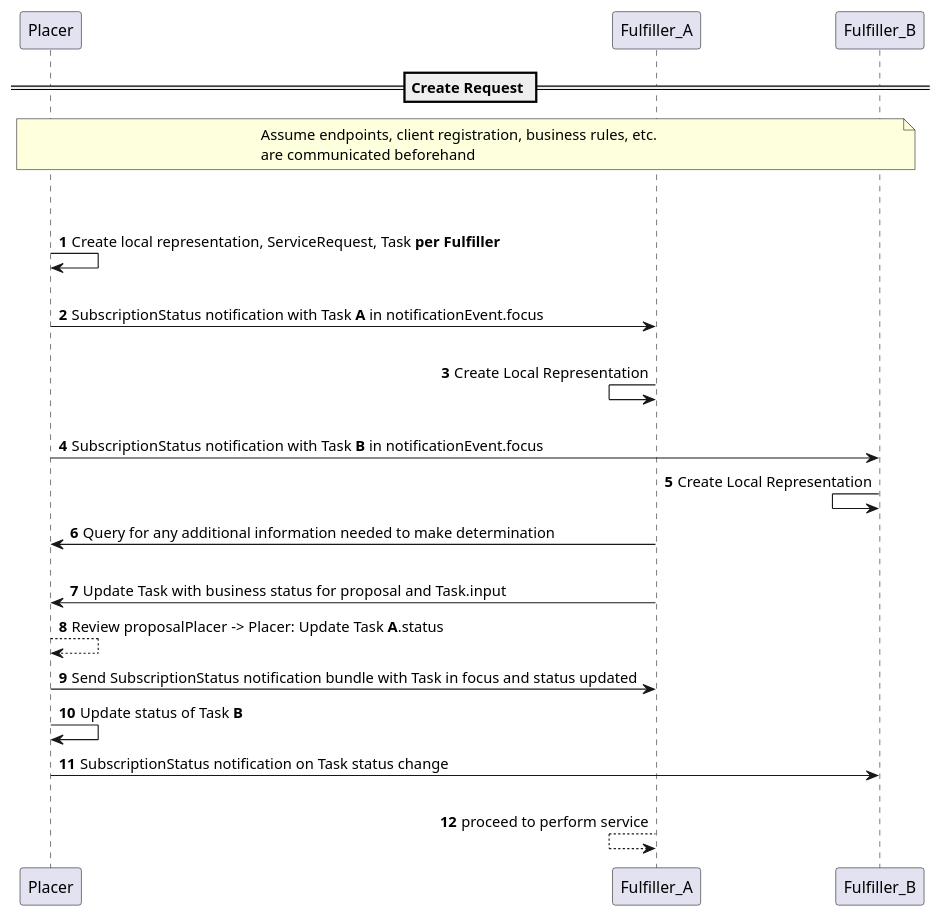
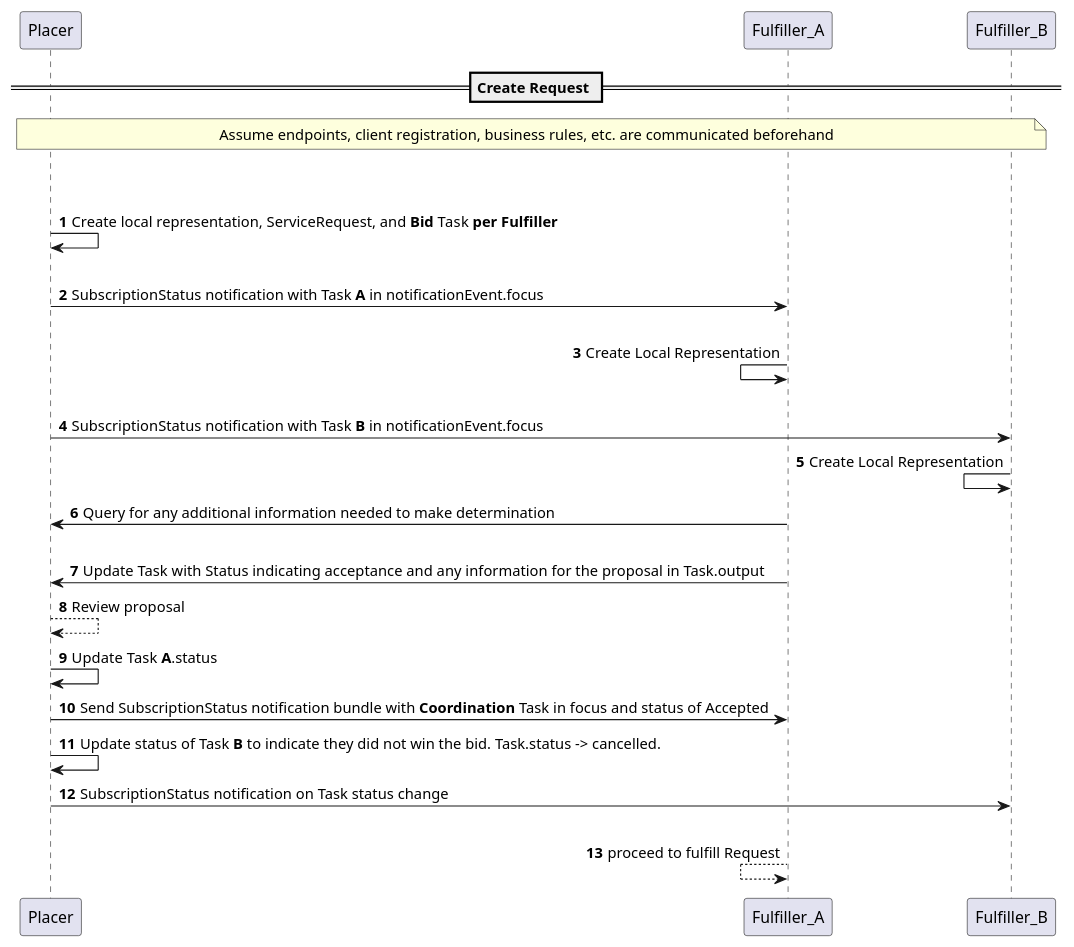
The diagram in input/images-source/subscriptions-bid-task-at-placer.plantuml (HL7/fhir-cow-ig), drawn with PlantUML before and after one commit. The commit also changed other lines of this file, not shown here.

Commit message:
Update subscriptions-bid-task-at-placer.plantuml
Update for Bidding

```diff
--- a/input/images-source/subscriptions-bid-task-at-placer.plantuml
+++ b/input/images-source/subscriptions-bid-task-at-placer.plantuml
@@ -1,47 +1,47 @@
 @startuml
 'skinparam svgDimensionStyle false
 autonumber
 
 participant Placer order 10
 
 participant Fulfiller_A order 20 
 
 participant Fulfiller_B order 30
 
 == Create Request ==
 
 note over Placer,Fulfiller_B
-Assume endpoints, client registration, business rules, etc. 
-are communicated beforehand
+Assume endpoints, client registration, business rules, etc. are communicated beforehand
 end note
 
 ||45||
 
-Placer -> Placer : Create local representation, ServiceRequest, Task **per Fulfiller**
+Placer -> Placer : Create local representation, ServiceRequest, and **Bid** Task **per Fulfiller**
 ||20||
 
 Placer -> Fulfiller_A: SubscriptionStatus notification with Task **A** in notificationEvent.focus
 ||20||
 
 Fulfiller_A <- Fulfiller_A: Create Local Representation
 
 ||20||
 
 Placer -> Fulfiller_B: SubscriptionStatus notification with Task **B** in notificationEvent.focus
 Fulfiller_B <- Fulfiller_B: Create Local Representation
 
 
 Fulfiller_A -> Placer: Query for any additional information needed to make determination
 ||20||
 
 
-Fulfiller_A -> Placer: Update Task with business status for proposal and Task.input 
-Placer --> Placer: Review proposalPlacer -> Placer: Update Task **A**.status
-Placer -> Fulfiller_A: Send SubscriptionStatus notification bundle with Task in focus and status updated
-Placer -> Placer: Update status of Task **B**
+Fulfiller_A -> Placer: Update Task with Status indicating acceptance and any information for the proposal in Task.output 
+Placer --> Placer: Review proposal
+Placer -> Placer: Update Task **A**.status
+Placer -> Fulfiller_A: Send SubscriptionStatus notification bundle with **Coordination** Task in focus and status of Accepted
+Placer -> Placer: Update status of Task **B** to indicate they did not win the bid. Task.status -> cancelled.
 Placer -> Fulfiller_B: SubscriptionStatus notification on Task status change
 
 ||20||
 
-Fulfiller_A <-- Fulfiller_A: proceed to perform service
+Fulfiller_A <-- Fulfiller_A: proceed to fulfill Request
 @enduml
```
